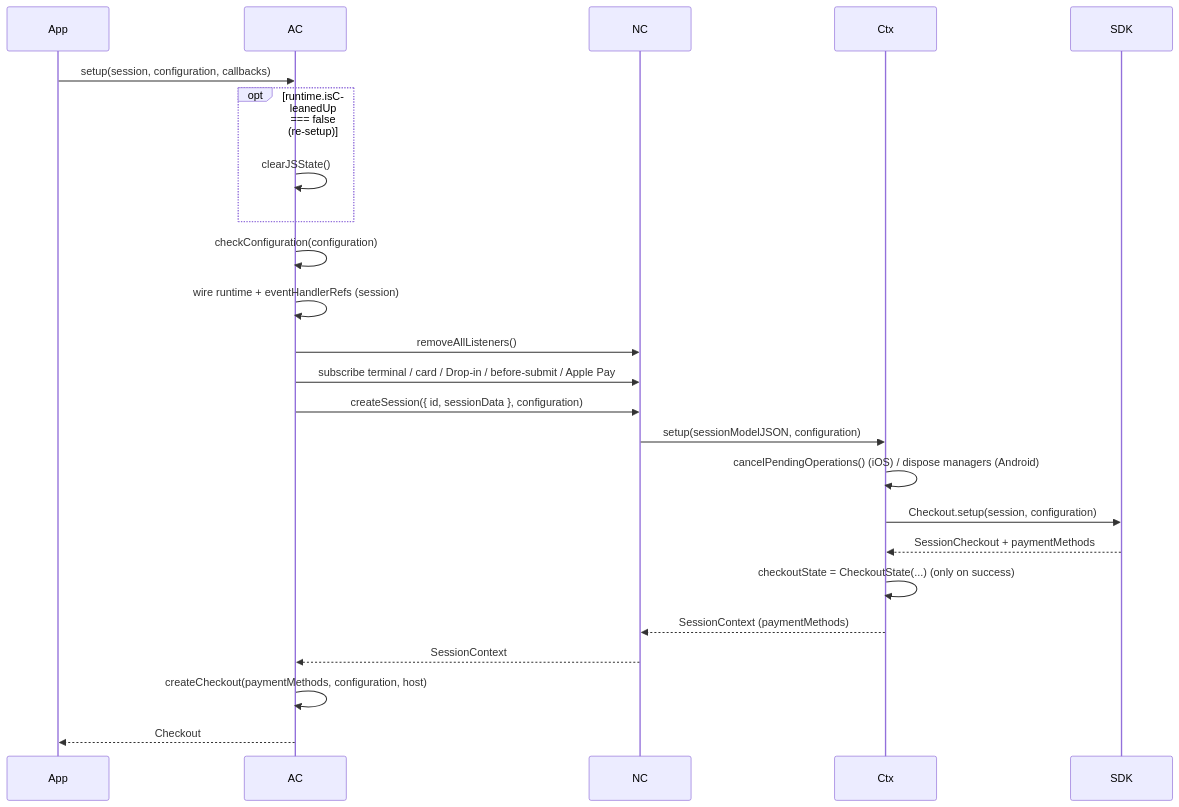
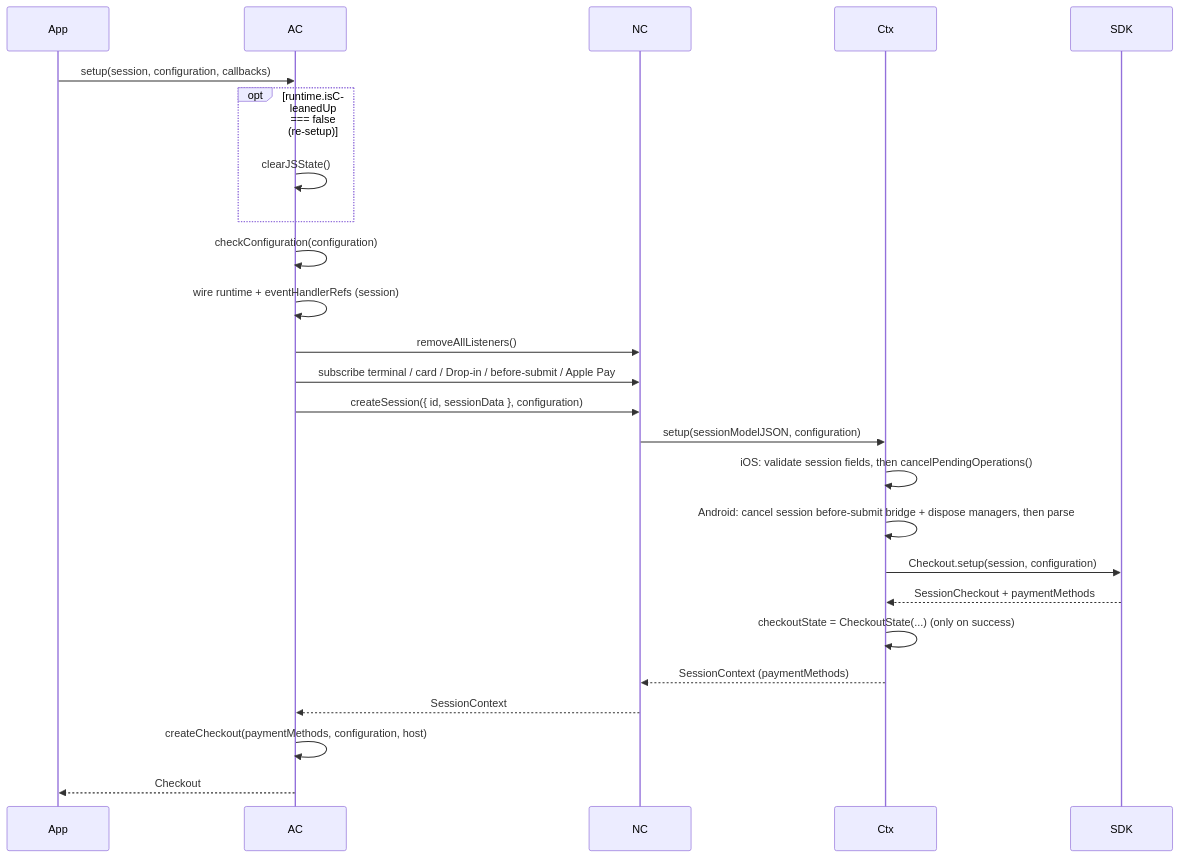
Before and after one commit to Adyen/adyen-react-native: the first of 19 diagrams in docs/public-api-flows.md, drawn with Mermaid. The commit also changed other lines of this file and 3 other files, not shown here.

````diff
--- a/docs/public-api-flows.md
+++ b/docs/public-api-flows.md
@@ -40,27 +40,28 @@
 ```mermaid
 sequenceDiagram
   participant App
   participant AC
   participant NC
   participant Ctx
   participant SDK
 
   App->>AC: setup(session, configuration, callbacks)
   opt runtime.isCleanedUp === false (re-setup)
     AC->>AC: clearJSState()
   end
   AC->>AC: checkConfiguration(configuration)
   AC->>AC: wire runtime + eventHandlerRefs (session)
   AC->>NC: removeAllListeners()
   AC->>NC: subscribe terminal / card / Drop-in / before-submit / Apple Pay
   AC->>NC: createSession({ id, sessionData }, configuration)
   NC->>Ctx: setup(sessionModelJSON, configuration)
-  Ctx->>Ctx: cancelPendingOperations() (iOS) / dispose managers (Android)
+  Ctx->>Ctx: iOS: validate session fields, then cancelPendingOperations()
+  Ctx->>Ctx: Android: cancel session before-submit bridge + dispose managers, then parse
   Ctx->>SDK: Checkout.setup(session, configuration)
   SDK-->>Ctx: SessionCheckout + paymentMethods
   Ctx->>Ctx: checkoutState = CheckoutState(...) (only on success)
   Ctx-->>NC: SessionContext (paymentMethods)
   NC-->>AC: SessionContext
   AC->>AC: createCheckout(paymentMethods, configuration, host)
   AC-->>App: Checkout
 ```
````
